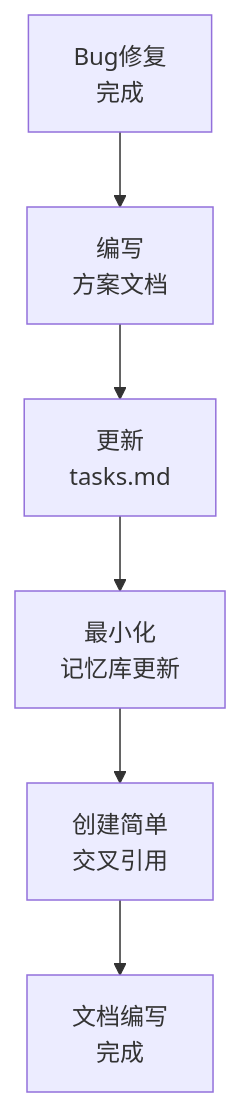
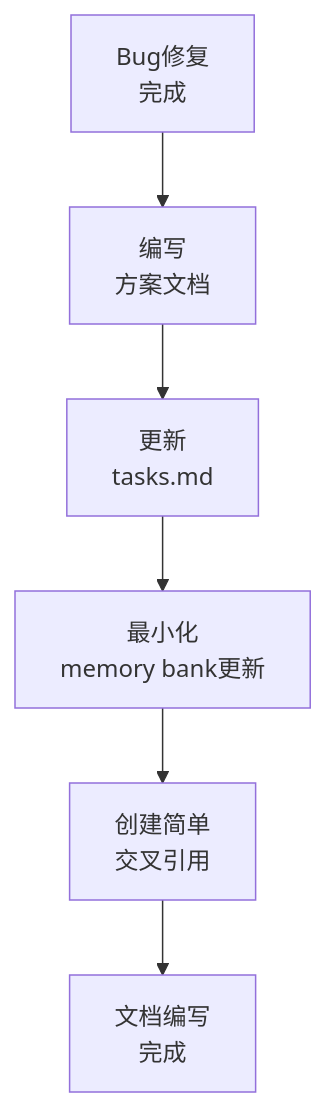
The first of 2 diagrams in .cursor/rules/isolation_rules/Level1/quick-documentation.mdc (autel-lizhuohang/cursor-memory-bank-cn), drawn with Mermaid before and after one commit. The commit also changed other lines of this file and 33 other files, not shown here.

````diff
--- a/.cursor/rules/isolation_rules/Level1/quick-documentation.mdc
+++ b/.cursor/rules/isolation_rules/Level1/quick-documentation.mdc
@@ -13,8 +13,8 @@
 ```mermaid
 graph TD
     FixComplete["Bug修复<br>完成"] --> Document["编写<br>方案文档"]
     Document --> UpdateTasks["更新<br>tasks.md"]
-    UpdateTasks --> MinimalUpdates["最小化<br>记忆库更新"]
+    UpdateTasks --> MinimalUpdates["最小化<br>memory bank更新"]
     MinimalUpdates --> CrossReference["创建简单<br>交叉引用"]
     CrossReference --> Complete["文档编写<br>完成"]
 ```
````
